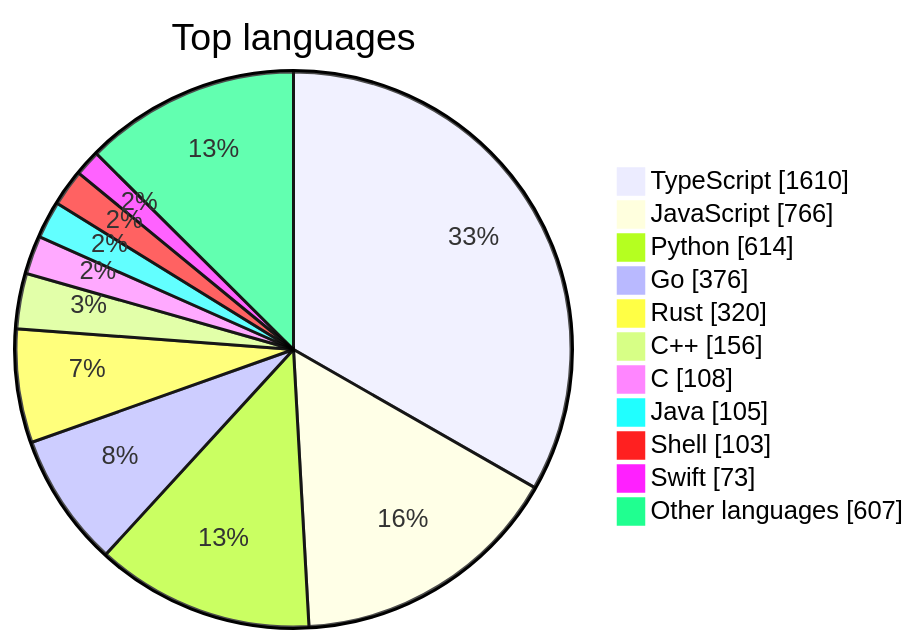
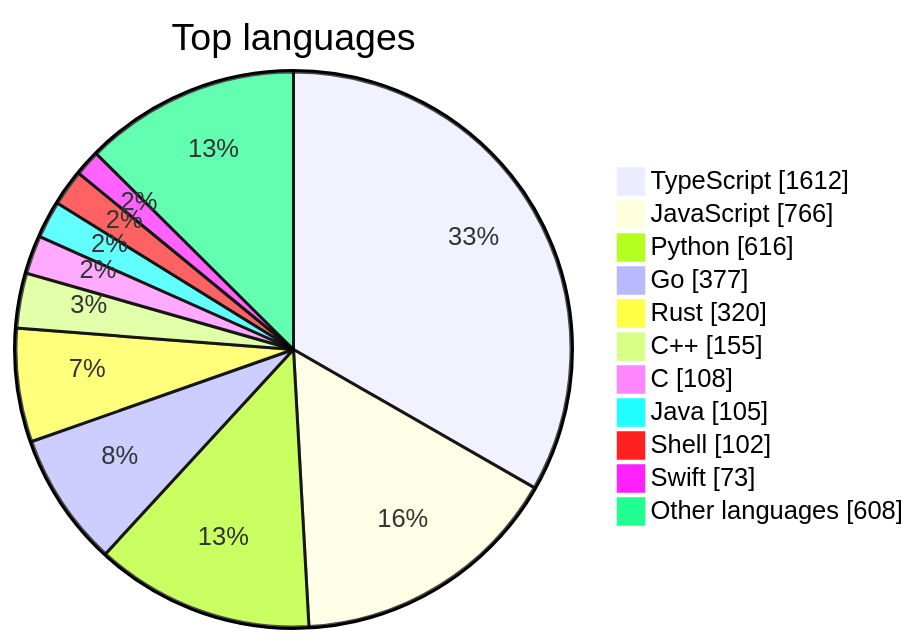
One commit to maxgfr/awesome-stars changed the first of 2 diagrams in README.md. Above: the diagram before and after it, drawn with Mermaid. The commit also changed other lines of this file and 26 other files, not shown here.

````diff
--- a/README.md
+++ b/README.md
@@ -39,14 +39,14 @@
 ```mermaid
 pie showData title Top languages
-    "TypeScript" : 1610
+    "TypeScript" : 1612
     "JavaScript" : 766
-    "Python" : 614
-    "Go" : 376
+    "Python" : 616
+    "Go" : 377
     "Rust" : 320
-    "C++" : 156
+    "C++" : 155
     "C" : 108
     "Java" : 105
-    "Shell" : 103
+    "Shell" : 102
     "Swift" : 73
-    "Other languages" : 607
+    "Other languages" : 608
 ```
````
